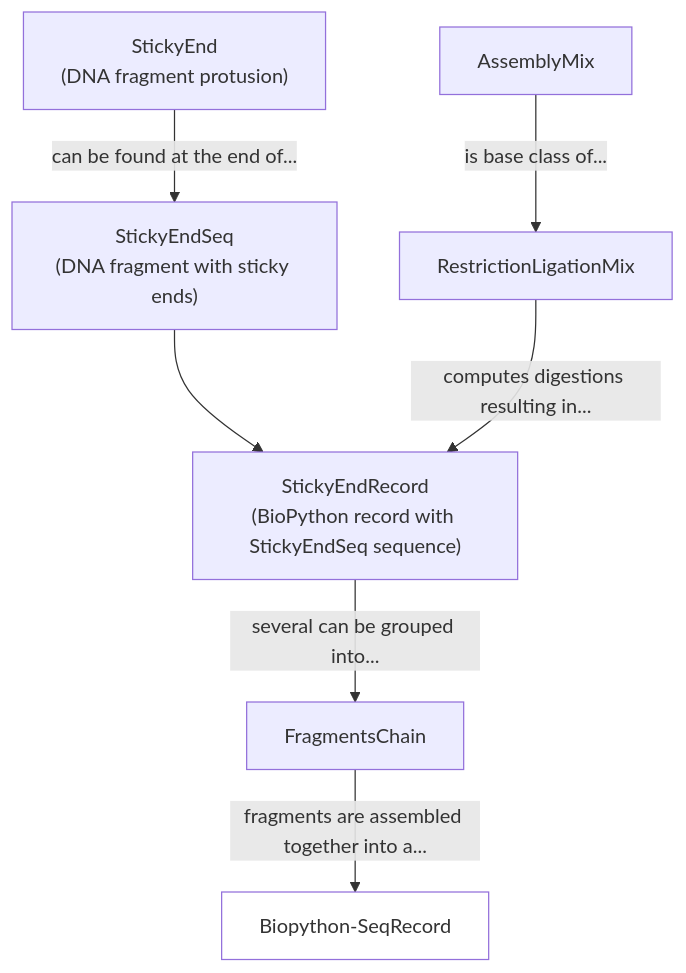
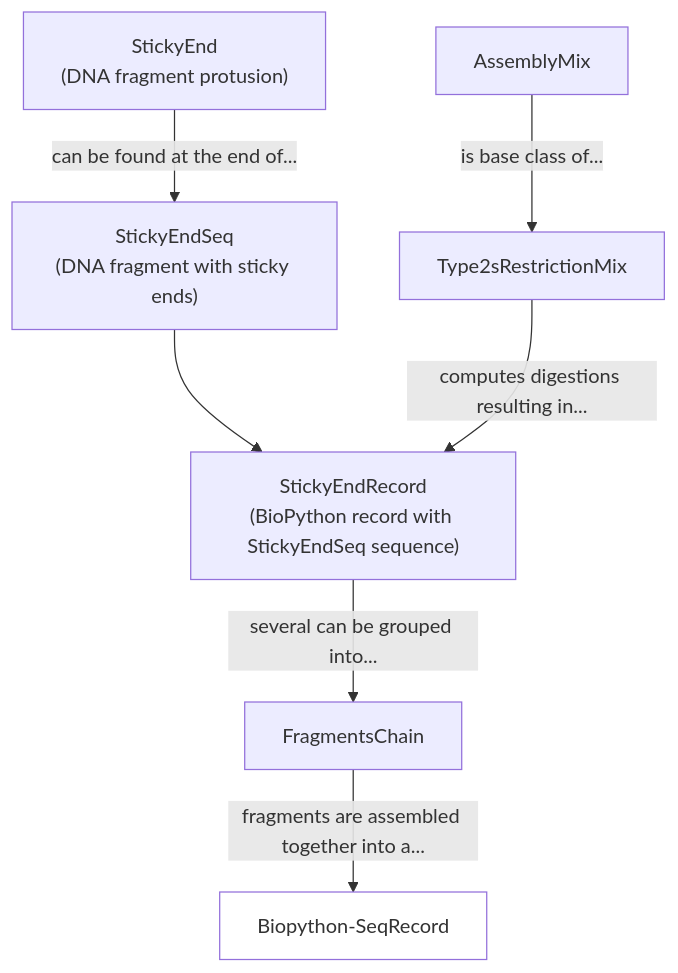
One commit to Edinburgh-Genome-Foundry/DnaCauldron changed the diagram in docs/ref.rst. Above: the diagram before and after it, drawn with Mermaid. The commit also changed 43 other files, not shown here.

```diff
--- a/docs/ref.rst
+++ b/docs/ref.rst
@@ -8,16 +8,16 @@
 .. mermaid::
    :align: center
 
     graph TD;
         StickyEnd["StickyEnd<br/>(DNA fragment protusion)"]
         StickyEndSeq["StickyEndSeq<br/>(DNA fragment with sticky ends)"]
         StickyEndRecord["StickyEndRecord<br/>(BioPython record with StickyEndSeq sequence)"]
         AssemblyMix
-        RestrictionLigationMix
+        Type2sRestrictionMix
         StickyEnd-->|can be found at the end of...| StickyEndSeq;
         StickyEndSeq-->StickyEndRecord;
         StickyEndRecord -->|several can be grouped into...| FragmentsChain
-        AssemblyMix  --> |is base class of...| RestrictionLigationMix
-        RestrictionLigationMix -->|computes digestions resulting in...| StickyEndRecord
+        AssemblyMix  --> |is base class of...| Type2sRestrictionMix
+        Type2sRestrictionMix -->|computes digestions resulting in...| StickyEndRecord
         FragmentsChain --> |fragments are assembled together into a...| Biopython-SeqRecord
         style Biopython-SeqRecord fill:#fff;
```
